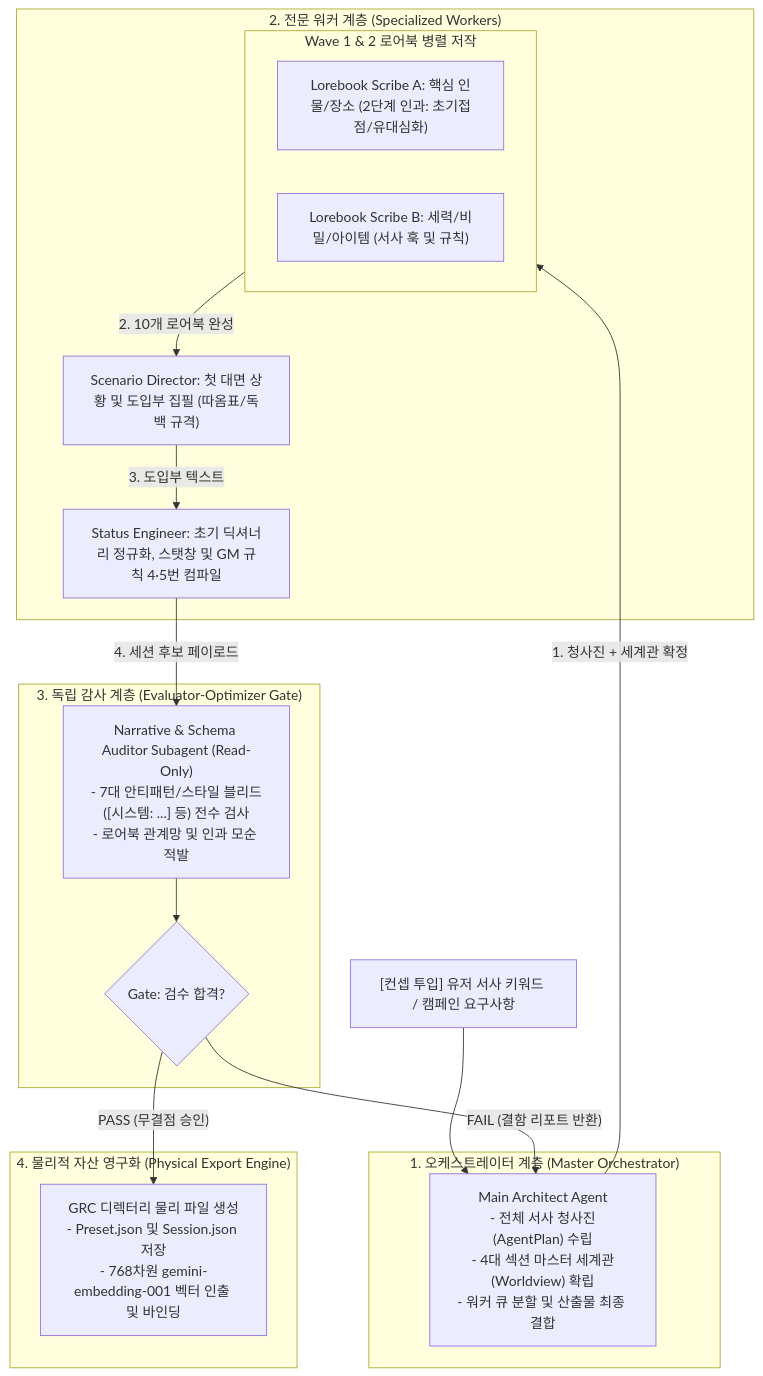
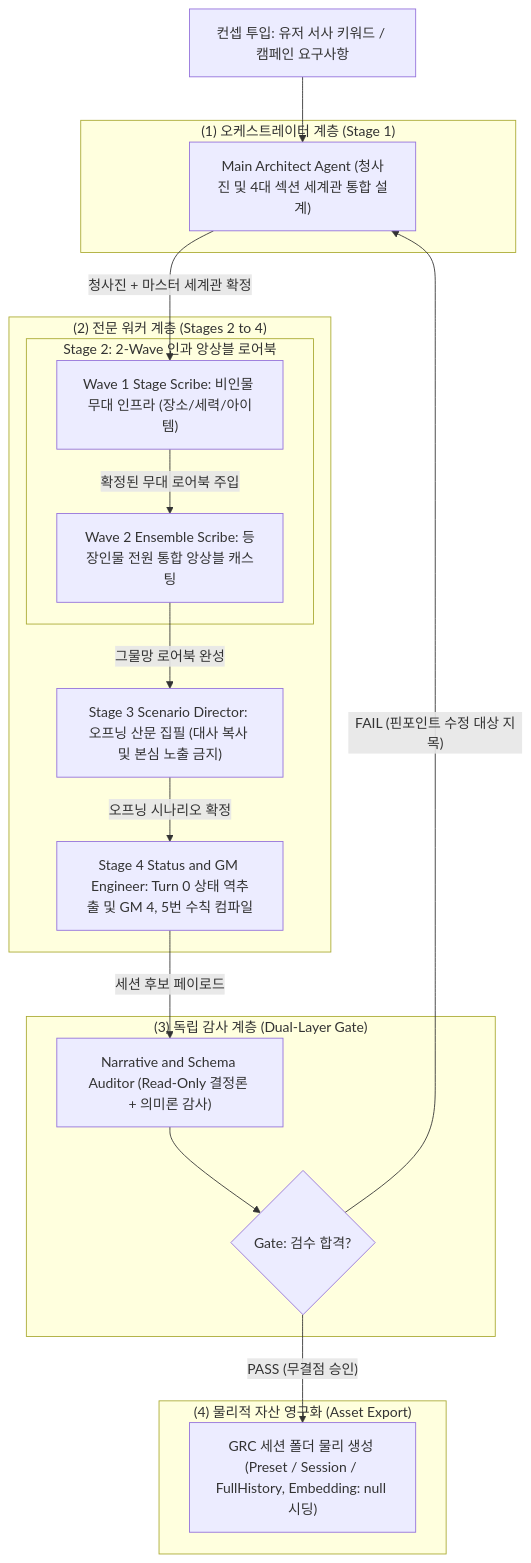
The diagram in GRC/docs/05_session_architect_agent_template.md (jin20203458/Obsidian.Agent), drawn with Mermaid before and after one commit. The commit also changed other lines of this file, not shown here.

````diff
--- a/GRC/docs/05_session_architect_agent_template.md
+++ b/GRC/docs/05_session_architect_agent_template.md
@@ -30,36 +30,37 @@
 ```mermaid
 flowchart TD
-    UserPrompt["[컨셉 투입] 유저 서사 키워드 / 캠페인 요구사항"]
+    UserPrompt["컨셉 투입: 유저 서사 키워드 / 캠페인 요구사항"]
     
-    subgraph ORCHESTRATOR_TIER ["1. 오케스트레이터 계층 (Master Orchestrator)"]
-        MainAgent["Main Architect Agent<br>- 전체 서사 청사진(AgentPlan) 수립<br>- 4대 섹션 마스터 세계관(Worldview) 확립<br>- 워커 큐 분할 및 산출물 최종 결합"]
+    subgraph ORCHESTRATOR_TIER ["(1) 오케스트레이터 계층 (Stage 1)"]
+        MainAgent["Main Architect Agent (청사진 및 4대 섹션 세계관 통합 설계)"]
     end
     
-    subgraph WORKER_TIER ["2. 전문 워커 계층 (Specialized Workers)"]
-        subgraph PARALLEL_LORE ["Wave 1 & 2 로어북 병렬 저작"]
-            W_Lore1["Lorebook Scribe A: 핵심 인물/장소 (2단계 인과: 초기접점/유대심화)"]
-            W_Lore2["Lorebook Scribe B: 세력/비밀/아이템 (서사 훅 및 규칙)"]
+    subgraph WORKER_TIER ["(2) 전문 워커 계층 (Stages 2 to 4)"]
+        subgraph CAUSAL_LORE ["Stage 2: 2-Wave 인과 앙상블 로어북"]
+            W_Wave1["Wave 1 Stage Scribe: 비인물 무대 인프라 (장소/세력/아이템)"]
+            W_Wave2["Wave 2 Ensemble Scribe: 등장인물 전원 통합 앙상블 캐스팅"]
+            W_Wave1 -->|"확정된 무대 로어북 주입"| W_Wave2
         end
         
-        W_Scenario["Scenario Director: 첫 대면 상황 및 도입부 집필 (따옴표/독백 규격)"]
-        W_Status["Status Engineer: 초기 딕셔너리 정규화, 스탯창 및 GM 규칙 4·5번 컴파일"]
+        W_Scenario["Stage 3 Scenario Director: 오프닝 산문 집필 (대사 복사 및 본심 노출 금지)"]
+        W_Status["Stage 4 Status and GM Engineer: Turn 0 상태 역추출 및 GM 4, 5번 수칙 컴파일"]
     end
     
-    subgraph AUDIT_TIER ["3. 독립 감사 계층 (Evaluator-Optimizer Gate)"]
-        Auditor["Narrative & Schema Auditor Subagent (Read-Only)<br>- 7대 안티패턴/스타일 블리드([시스템: ...] 등) 전수 검사<br>- 로어북 관계망 및 인과 모순 적발"]
+    subgraph AUDIT_TIER ["(3) 독립 감사 계층 (Dual-Layer Gate)"]
+        Auditor["Narrative and Schema Auditor (Read-Only 결정론 + 의미론 감사)"]
         AuditGate{"Gate: 검수 합격?"}
     end
     
-    subgraph EXPORT_TIER ["4. 물리적 자산 영구화 (Physical Export Engine)"]
-        Export["GRC 디렉터리 물리 파일 생성<br>- Preset.json 및 Session.json 저장<br>- 768차원 gemini-embedding-001 벡터 인출 및 바인딩"]
+    subgraph EXPORT_TIER ["(4) 물리적 자산 영구화 (Asset Export)"]
+        Export["GRC 세션 폴더 물리 생성 (Preset / Session / FullHistory, Embedding: null 시딩)"]
     end
     
     UserPrompt --> MainAgent
-    MainAgent -->|"1. 청사진 + 세계관 확정"| PARALLEL_LORE
-    PARALLEL_LORE -->|"2. 10개 로어북 완성"| W_Scenario
-    W_Scenario -->|"3. 도입부 텍스트"| W_Status
-    W_Status -->|"4. 세션 후보 페이로드"| Auditor
+    MainAgent -->|"청사진 + 마스터 세계관 확정"| W_Wave1
+    W_Wave2 -->|"그물망 로어북 완성"| W_Scenario
+    W_Scenario -->|"오프닝 시나리오 확정"| W_Status
+    W_Status -->|"세션 후보 페이로드"| Auditor
     Auditor --> AuditGate
-    AuditGate -- "FAIL (결함 리포트 반환)" --> MainAgent
+    AuditGate -- "FAIL (핀포인트 수정 대상 지목)" --> MainAgent
     AuditGate -- "PASS (무결점 승인)" --> Export
 ```
````
